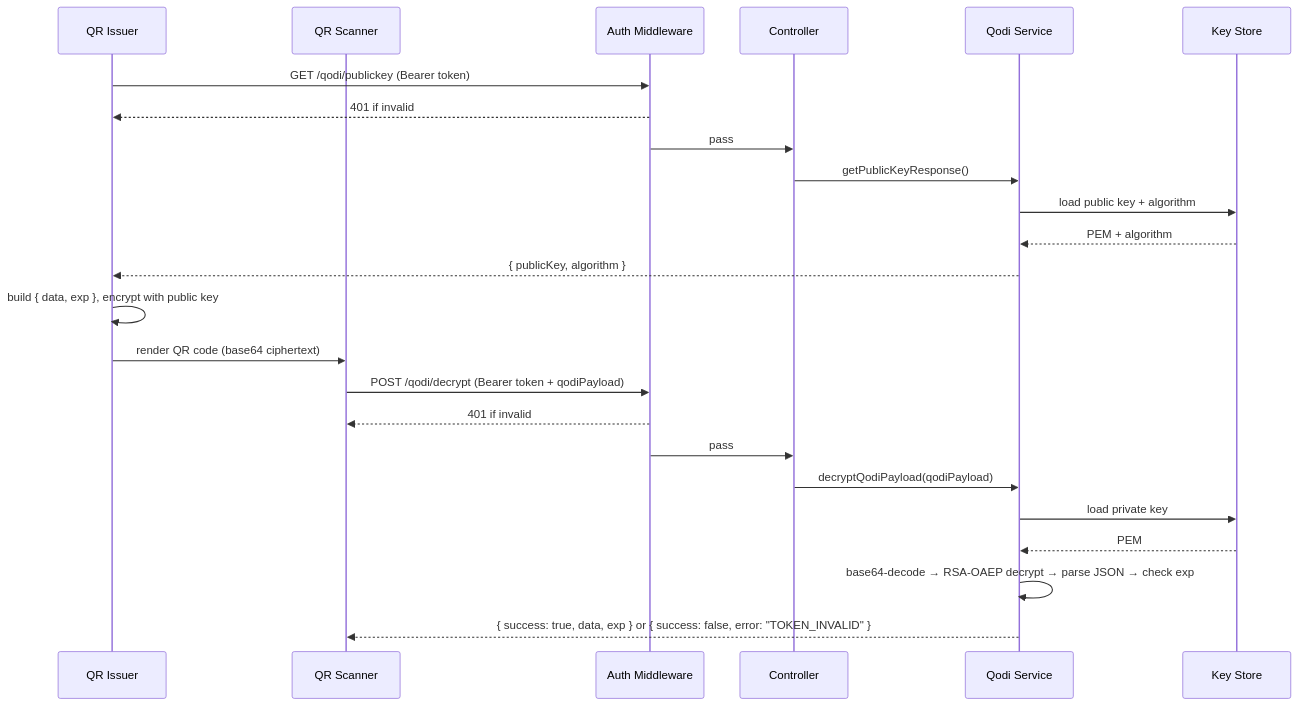
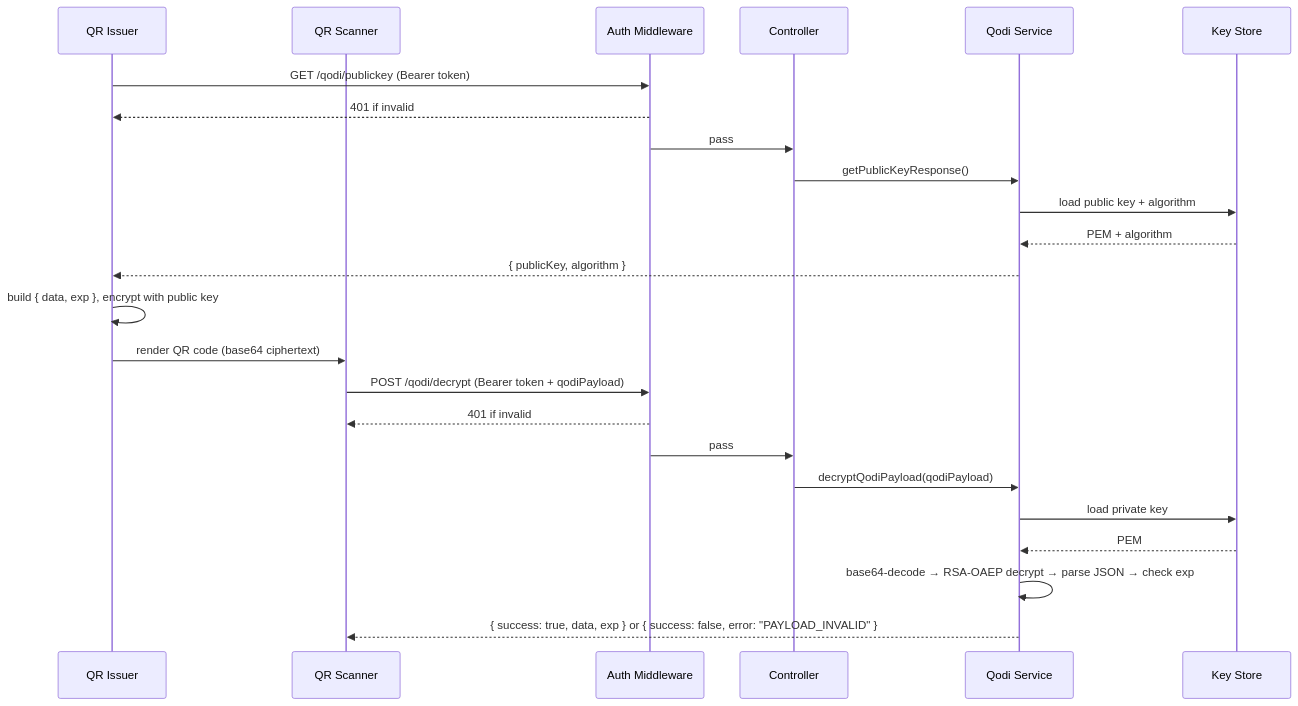
The diagram in docs/architecture.md (GiganticPlayground/qodi), drawn with Mermaid before and after one commit. The commit also changed other lines of this file and 4 other files, not shown here.

Commit message:
Rename TOKEN_INVALID to PAYLOAD_INVALID Avoids ambiguity with the bearer auth token used for authentication. Updates the service, OpenAPI spec, generated types, and all docs.

````diff
--- a/docs/architecture.md
+++ b/docs/architecture.md
@@ -271,29 +271,29 @@
 ```mermaid
 sequenceDiagram
     participant Issuer as QR Issuer
     participant Scanner as QR Scanner
     participant Auth as Auth Middleware
     participant Controller as Controller
     participant Service as Qodi Service
     participant Keys as Key Store
 
     Issuer->>Auth: GET /qodi/publickey (Bearer token)
     Auth-->>Issuer: 401 if invalid
     Auth->>Controller: pass
     Controller->>Service: getPublicKeyResponse()
     Service->>Keys: load public key + algorithm
     Keys-->>Service: PEM + algorithm
     Service-->>Issuer: { publicKey, algorithm }
 
     Issuer->>Issuer: build { data, exp }, encrypt with public key
     Issuer->>Scanner: render QR code (base64 ciphertext)
 
     Scanner->>Auth: POST /qodi/decrypt (Bearer token + qodiPayload)
     Auth-->>Scanner: 401 if invalid
     Auth->>Controller: pass
     Controller->>Service: decryptQodiPayload(qodiPayload)
     Service->>Keys: load private key
     Keys-->>Service: PEM
     Service->>Service: base64-decode → RSA-OAEP decrypt → parse JSON → check exp
-    Service-->>Scanner: { success: true, data, exp } or { success: false, error: "TOKEN_INVALID" }
+    Service-->>Scanner: { success: true, data, exp } or { success: false, error: "PAYLOAD_INVALID" }
 ```
````
